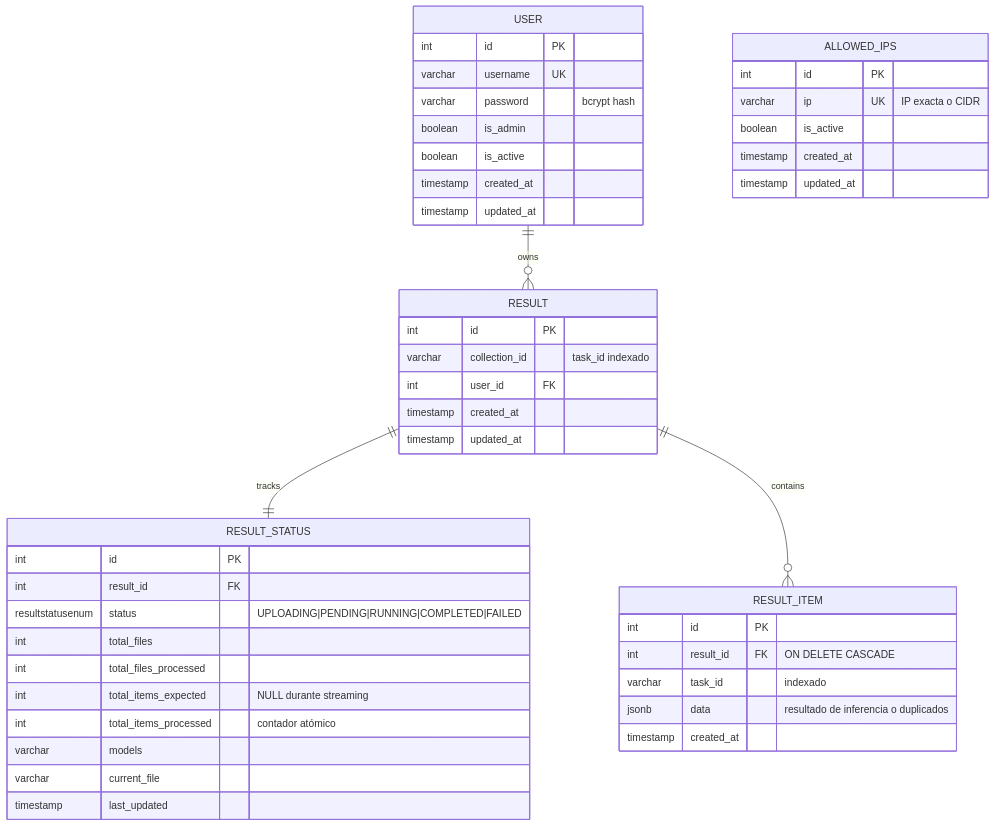
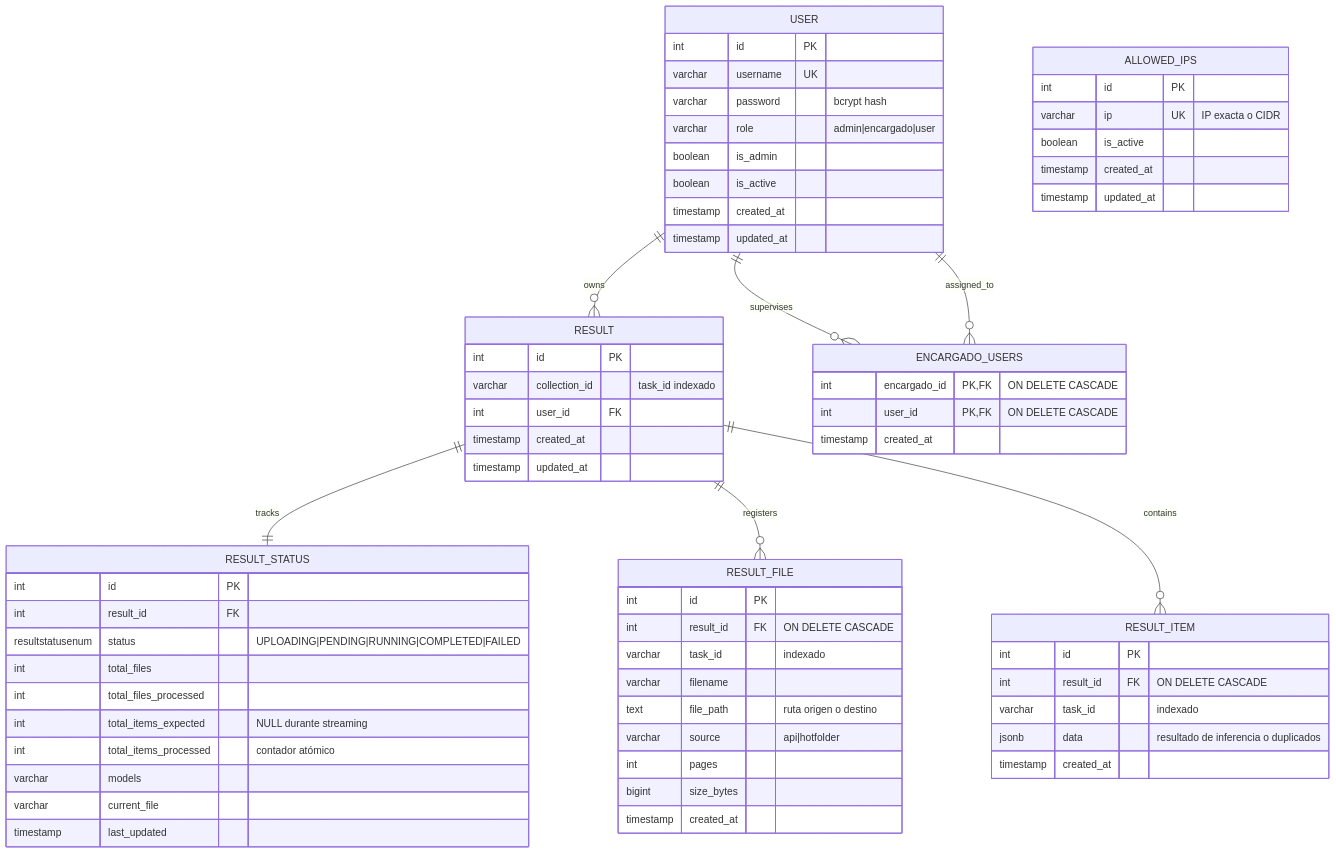
One commit to builker-col/DESD-API-Rest changed the second of 2 diagrams in docs/ARCHITECTURE.md. Above: the diagram before and after it, drawn with Mermaid. The commit also changed other lines of this file and 16 other files, not shown here.

````diff
--- a/docs/ARCHITECTURE.md
+++ b/docs/ARCHITECTURE.md
@@ -84,53 +84,75 @@
 ```mermaid
 erDiagram
     USER ||--o{ RESULT : owns
+    USER ||--o{ ENCARGADO_USERS : supervises
+    USER ||--o{ ENCARGADO_USERS : assigned_to
     RESULT ||--|| RESULT_STATUS : tracks
+    RESULT ||--o{ RESULT_FILE : registers
     RESULT ||--o{ RESULT_ITEM : contains
 
     USER {
         int id PK
         varchar username UK
         varchar password "bcrypt hash"
+        varchar role "admin|encargado|user"
         boolean is_admin
         boolean is_active
         timestamp created_at
         timestamp updated_at
+    }
+
+    ENCARGADO_USERS {
+        int encargado_id PK,FK "ON DELETE CASCADE"
+        int user_id PK,FK "ON DELETE CASCADE"
+        timestamp created_at
     }
 
     ALLOWED_IPS {
         int id PK
         varchar ip UK "IP exacta o CIDR"
         boolean is_active
         timestamp created_at
         timestamp updated_at
     }
 
     RESULT {
         int id PK
         varchar collection_id "task_id indexado"
         int user_id FK
         timestamp created_at
         timestamp updated_at
     }
 
     RESULT_STATUS {
         int id PK
         int result_id FK
         resultstatusenum status "UPLOADING|PENDING|RUNNING|COMPLETED|FAILED"
         int total_files
         int total_files_processed
         int total_items_expected "NULL durante streaming"
         int total_items_processed "contador atómico"
         varchar models
         varchar current_file
         timestamp last_updated
     }
 
+    RESULT_FILE {
+        int id PK
+        int result_id FK "ON DELETE CASCADE"
+        varchar task_id "indexado"
+        varchar filename
+        text file_path "ruta origen o destino"
+        varchar source "api|hotfolder"
+        int pages
+        bigint size_bytes
+        timestamp created_at
+    }
+
     RESULT_ITEM {
         int id PK
         int result_id FK "ON DELETE CASCADE"
         varchar task_id "indexado"
         jsonb data "resultado de inferencia o duplicados"
         timestamp created_at
     }
 ```
````
